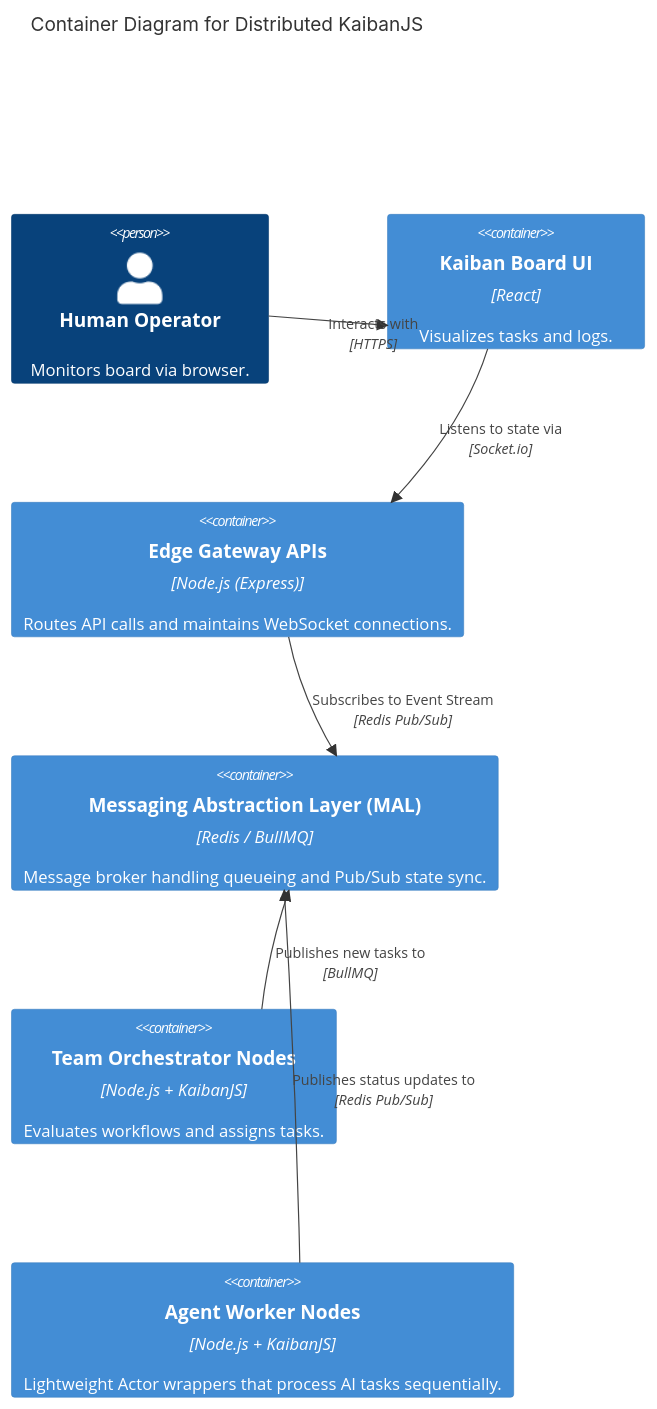
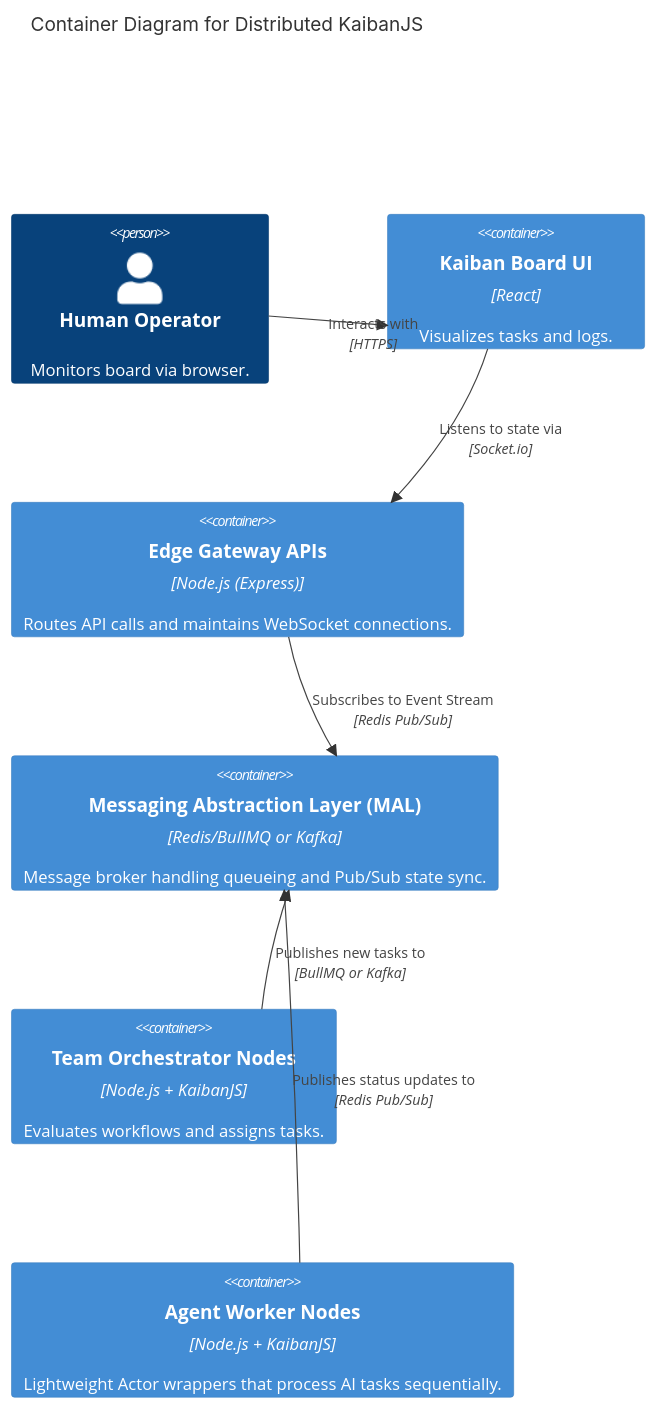
The diagram in docs/architecture/diagrams/container-architecture.mmd (andreibesleaga/kaiban-distributed), drawn with Mermaid before and after one commit. The commit also changed 4 other files, not shown here.

```diff
--- a/docs/architecture/diagrams/container-architecture.mmd
+++ b/docs/architecture/diagrams/container-architecture.mmd
@@ -1,16 +1,16 @@
 C4Container
     title Container Diagram for Distributed KaibanJS
     Person(user, "Human Operator", "Monitors board via browser.")
     
     Container(ui, "Kaiban Board UI", "React", "Visualizes tasks and logs.")
     Container(gateway, "Edge Gateway APIs", "Node.js (Express)", "Routes API calls and maintains WebSocket connections.")
-    Container(broker, "Messaging Abstraction Layer (MAL)", "Redis / BullMQ", "Message broker handling queueing and Pub/Sub state sync.")
+    Container(broker, "Messaging Abstraction Layer (MAL)", "Redis/BullMQ or Kafka", "Message broker handling queueing and Pub/Sub state sync.")
     Container(orchestrator, "Team Orchestrator Nodes", "Node.js + KaibanJS", "Evaluates workflows and assigns tasks.")
     Container(worker, "Agent Worker Nodes", "Node.js + KaibanJS", "Lightweight Actor wrappers that process AI tasks sequentially.")
 
     Rel(user, ui, "Interacts with", "HTTPS")
     Rel(ui, gateway, "Listens to state via", "Socket.io")
     Rel(gateway, broker, "Subscribes to Event Stream", "Redis Pub/Sub")
-    Rel(orchestrator, broker, "Publishes new tasks to", "BullMQ")
-    Rel(worker, broker, "Consumes tasks from", "BullMQ")
+    Rel(orchestrator, broker, "Publishes new tasks to", "BullMQ or Kafka")
+    Rel(worker, broker, "Consumes tasks from", "BullMQ or Kafka")
     Rel(worker, broker, "Publishes status updates to", "Redis Pub/Sub")
```
